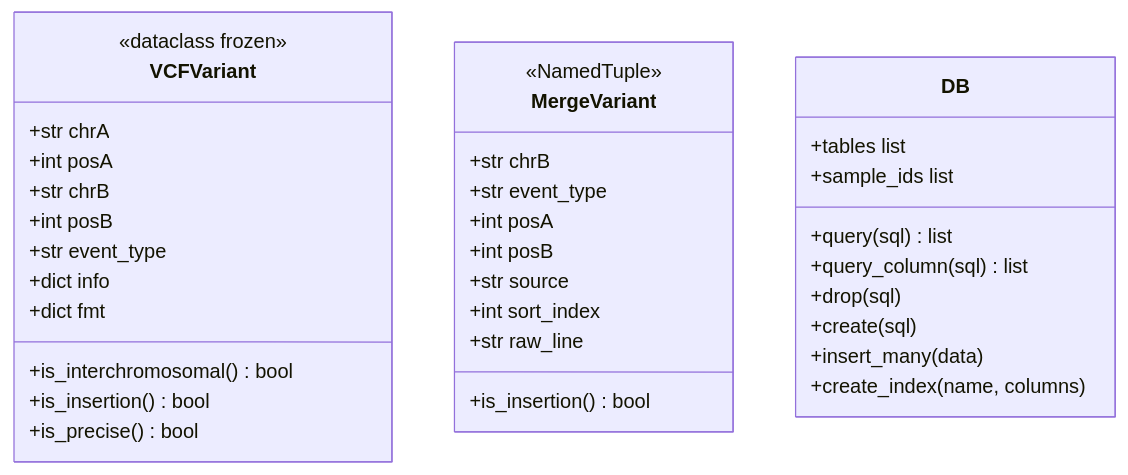
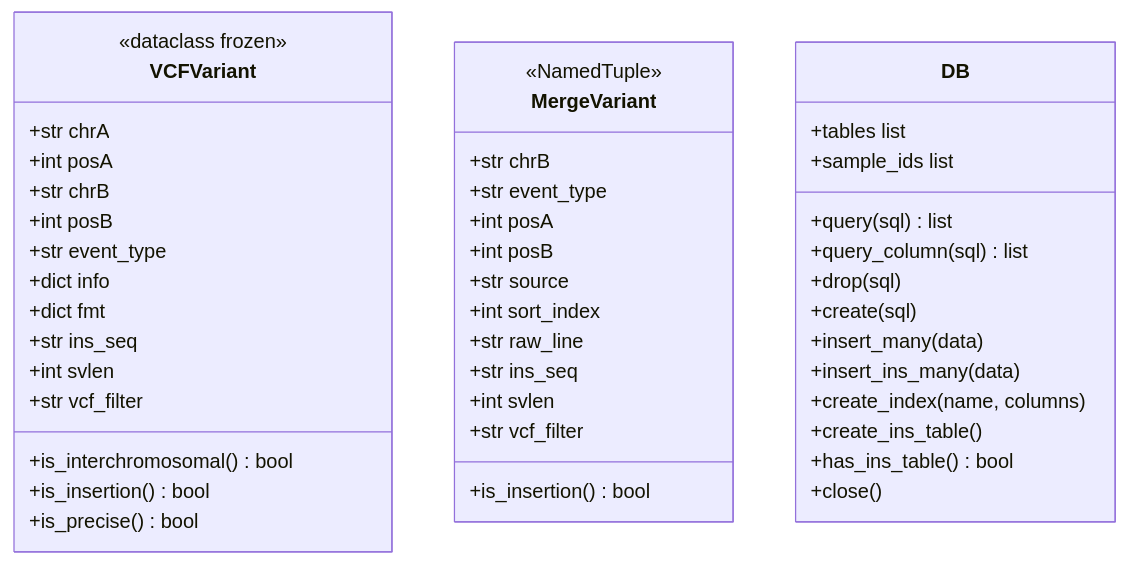
One commit to J35P312/SVDB changed the second of 2 diagrams in docs/architecture.md. Above: the diagram before and after it, drawn with Mermaid. The commit also changed other lines of this file, not shown here.

First line of the commit message:
Update architecture docs for issue #82 changes

````diff
--- a/docs/architecture.md
+++ b/docs/architecture.md
@@ -54,39 +59,49 @@
 ```mermaid
 classDiagram
     class VCFVariant {
         <<dataclass frozen>>
         +str chrA
         +int posA
         +str chrB
         +int posB
         +str event_type
         +dict info
         +dict fmt
+        +str ins_seq
+        +int svlen
+        +str vcf_filter
         +is_interchromosomal() bool
         +is_insertion() bool
         +is_precise() bool
     }
 
     class MergeVariant {
         <<NamedTuple>>
         +str chrB
         +str event_type
         +int posA
         +int posB
         +str source
         +int sort_index
         +str raw_line
+        +str ins_seq
+        +int svlen
+        +str vcf_filter
         +is_insertion() bool
     }
 
     class DB {
         +query(sql) list
         +query_column(sql) list
         +drop(sql)
         +create(sql)
         +insert_many(data)
+        +insert_ins_many(data)
         +create_index(name, columns)
+        +create_ins_table()
+        +has_ins_table() bool
+        +close()
         +tables list
         +sample_ids list
     }
 ```
````
